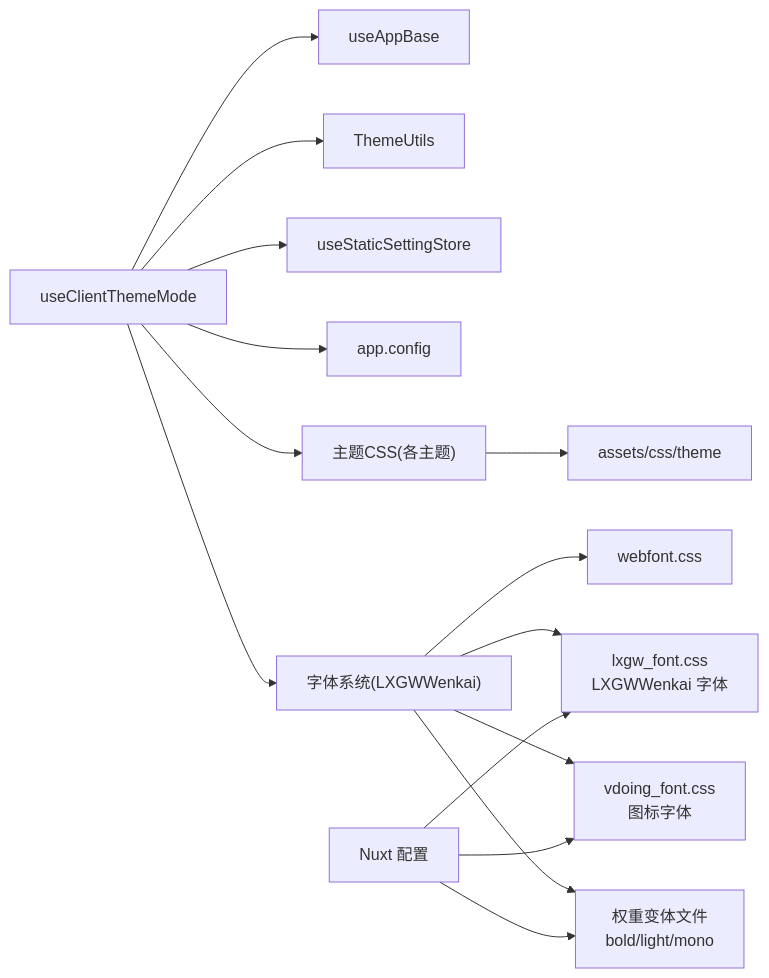
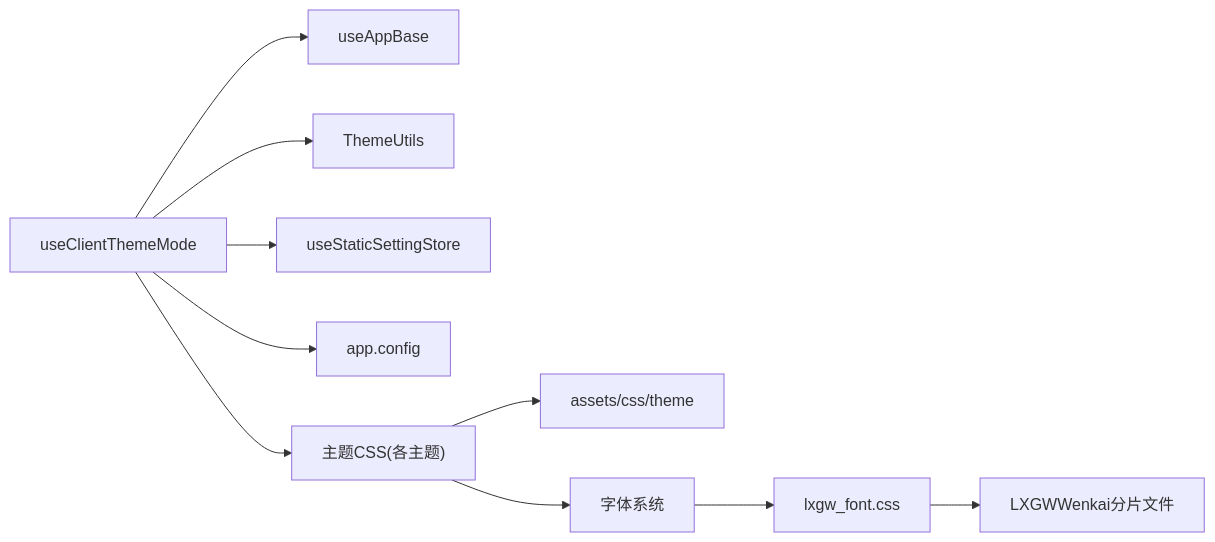
The fourth of 4 diagrams in .qoder/repowiki/zh/content/核心功能/主题系统/主题系统.md (terwer/siyuan-plugin-blog), drawn with Mermaid before and after one commit. The commit also changed other lines of this file and 31 other files, not shown here.

````diff
--- a/.qoder/repowiki/zh/content/核心功能/主题系统/主题系统.md
+++ b/.qoder/repowiki/zh/content/核心功能/主题系统/主题系统.md
@@ -356,17 +347,12 @@
 ```mermaid
 graph LR
 CTM["useClientThemeMode"] --> AB["useAppBase"]
 CTM --> TU["ThemeUtils"]
 CTM --> USS["useStaticSettingStore"]
 CTM --> AC["app.config"]
 CTM --> THEME["主题CSS(各主题)"]
-CTM --> FONT["字体系统(LXGWWenkai)"]
 THEME --> STY["assets/css/theme"]
-FONT --> WEBFONT["webfont.css"]
-FONT --> LXGW["lxgw_font.css<br/>LXGWWenkai 字体"]
-FONT --> VDOING["vdoing_font.css<br/>图标字体"]
-FONT --> WEIGHTS["权重变体文件<br/>bold/light/mono"]
-Nuxt["Nuxt 配置"] --> LXGW
-Nuxt --> VDOING
-Nuxt --> WEIGHTS
+THEME --> FONT["字体系统"]
+FONT --> LXF["lxgw_font.css"]
+LXF --> LXS["LXGWWenkai分片文件"]
 ```
````
